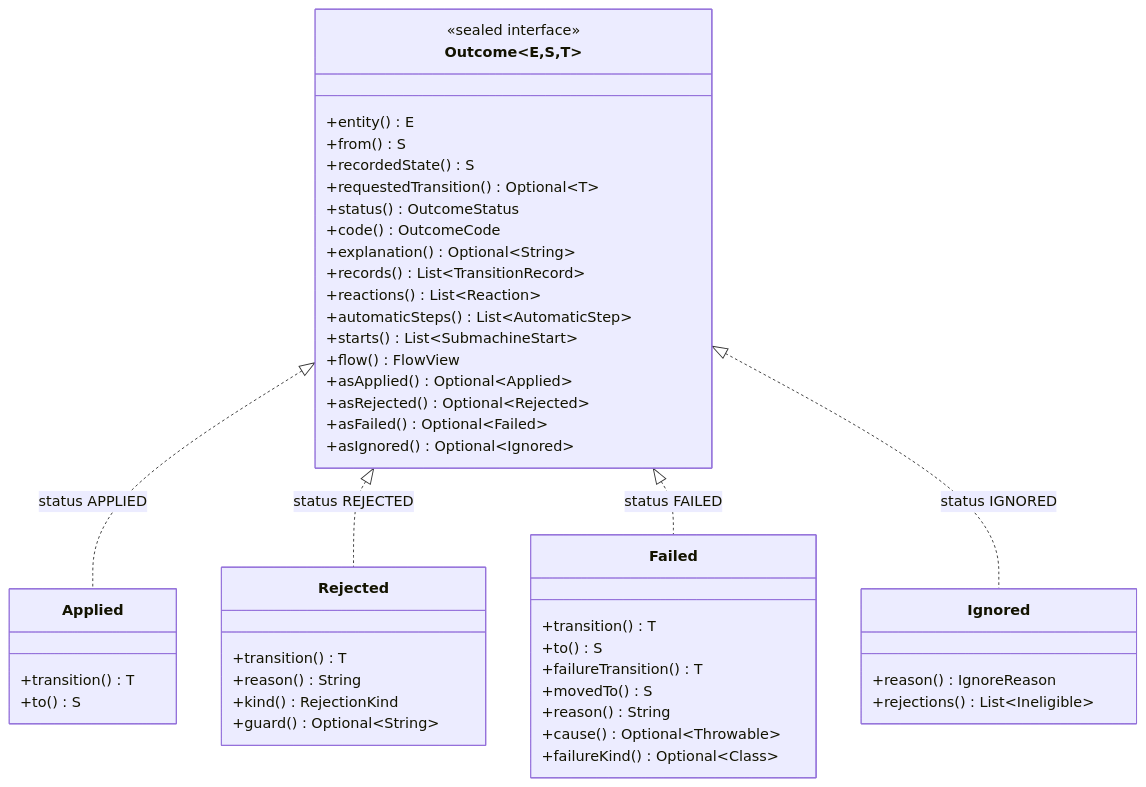
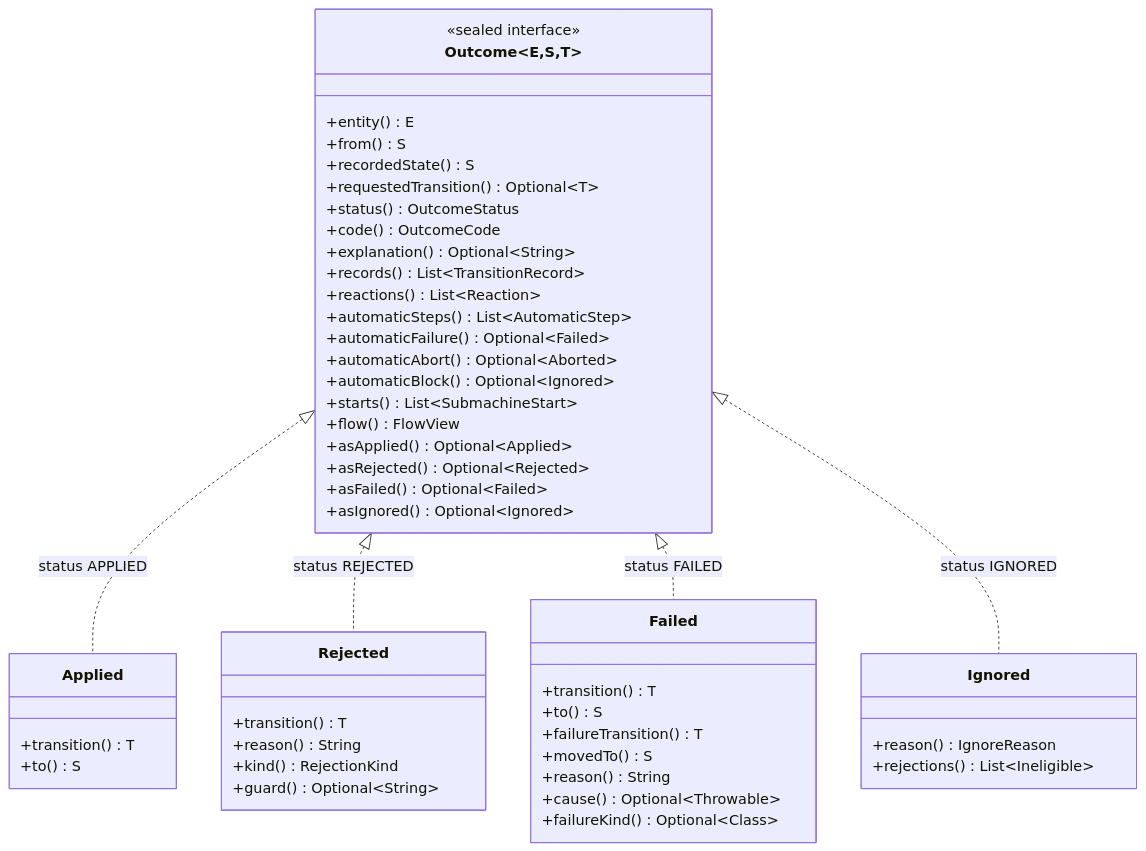
Before and after one commit to graphmaquina/graphmaquina: the diagram in docs/outcomes.md, drawn with Mermaid. The commit also changed other lines of this file and 23 other files, not shown here.

````diff
--- a/docs/outcomes.md
+++ b/docs/outcomes.md
@@ -17,50 +17,53 @@
 ```mermaid
 classDiagram
     direction TB
     class Outcome~E,S,T~ {
         <<sealed interface>>
         +entity() E
         +from() S
         +recordedState() S
         +requestedTransition() Optional~T~
         +status() OutcomeStatus
         +code() OutcomeCode
         +explanation() Optional~String~
         +records() List~TransitionRecord~
         +reactions() List~Reaction~
         +automaticSteps() List~AutomaticStep~
+        +automaticFailure() Optional~Failed~
+        +automaticAbort() Optional~Aborted~
+        +automaticBlock() Optional~Ignored~
         +starts() List~SubmachineStart~
         +flow() FlowView
         +asApplied() Optional~Applied~
         +asRejected() Optional~Rejected~
         +asFailed() Optional~Failed~
         +asIgnored() Optional~Ignored~
     }
     class Applied {
         +transition() T
         +to() S
     }
     class Rejected {
         +transition() T
         +reason() String
         +kind() RejectionKind
         +guard() Optional~String~
     }
     class Failed {
         +transition() T
         +to() S
         +failureTransition() T
         +movedTo() S
         +reason() String
         +cause() Optional~Throwable~
         +failureKind() Optional~Class~
     }
     class Ignored {
         +reason() IgnoreReason
         +rejections() List~Ineligible~
     }
     Outcome <|.. Applied : status APPLIED
     Outcome <|.. Rejected : status REJECTED
     Outcome <|.. Failed : status FAILED
     Outcome <|.. Ignored : status IGNORED
 ```
````
